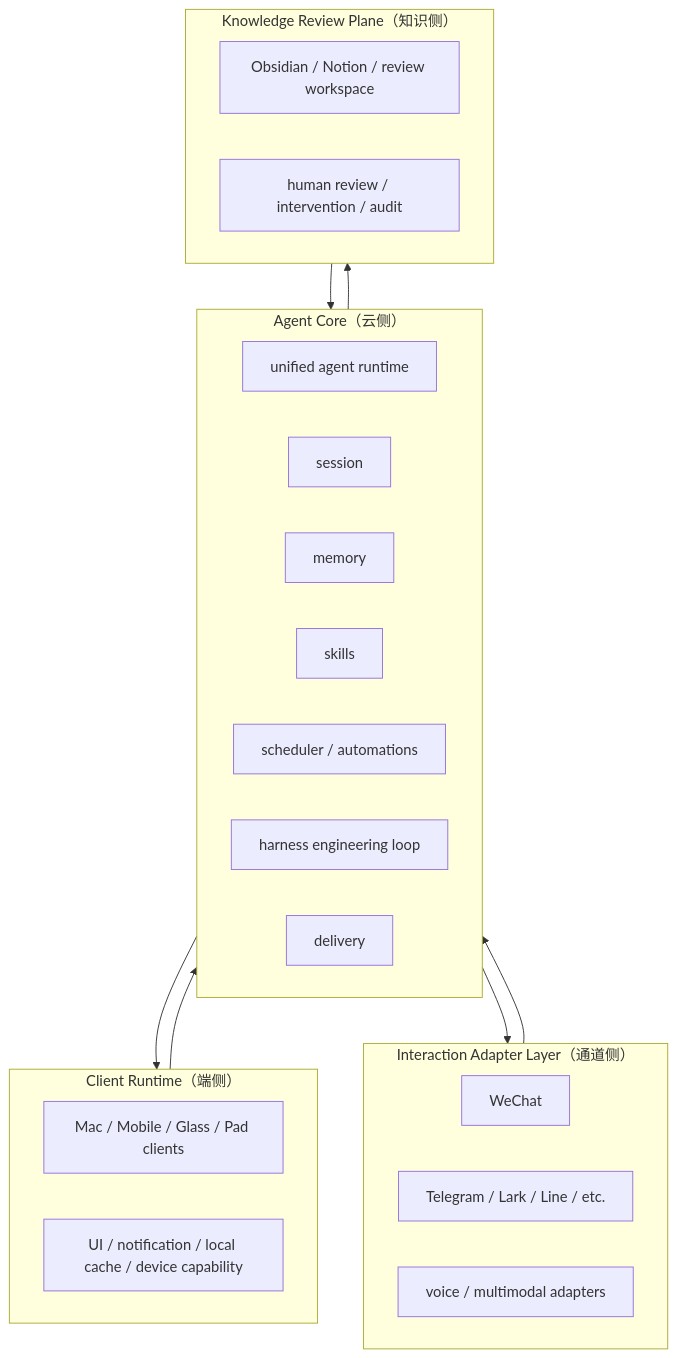
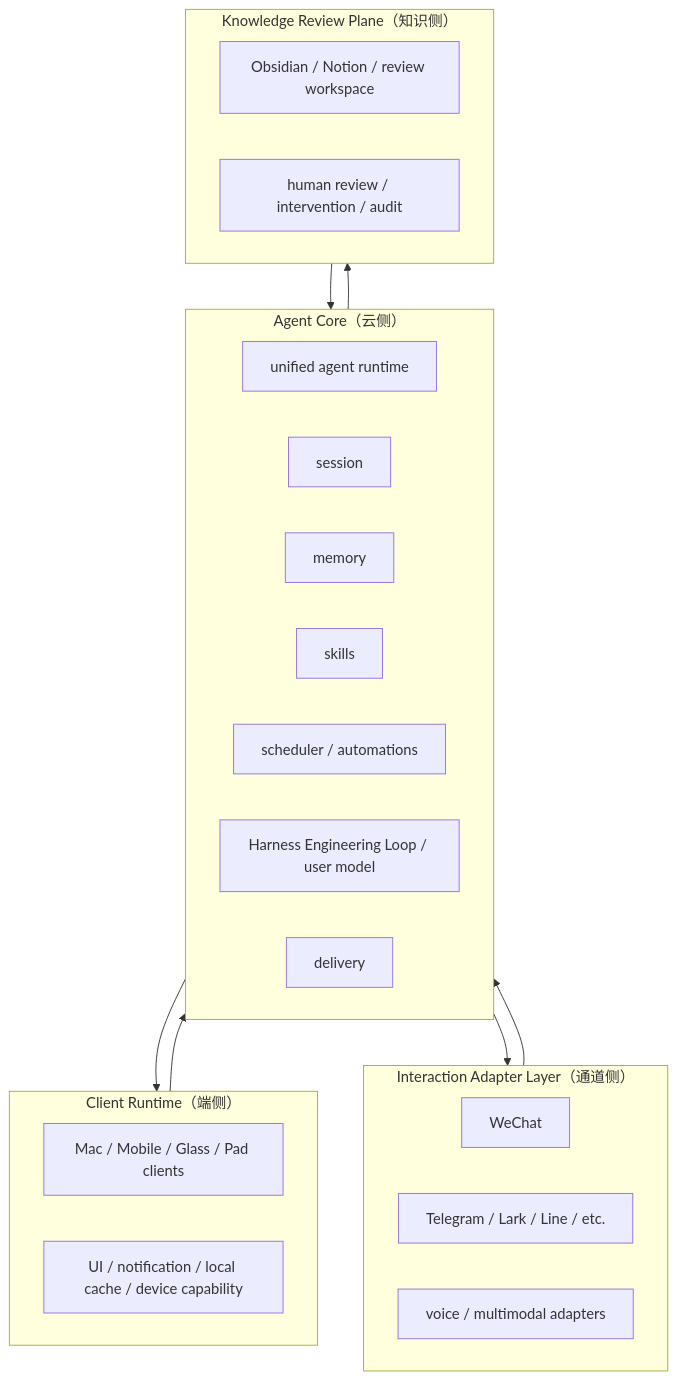
Before and after one commit to Gemini-Nick/hermes-agent: the second of 2 diagrams in docs/longclaw/ARCHITECTURE.md, drawn with Mermaid. The commit also changed other lines of this file and 4 other files, not shown here.

````diff
--- a/docs/longclaw/ARCHITECTURE.md
+++ b/docs/longclaw/ARCHITECTURE.md
@@ -89,35 +109,35 @@
 ```mermaid
 flowchart TB
   subgraph CR["Client Runtime（端侧）"]
     APP["Mac / Mobile / Glass / Pad clients"]
     UX["UI / notification / local cache / device capability"]
   end
 
   subgraph IA["Interaction Adapter Layer（通道侧）"]
     WX["WeChat"]
     TG["Telegram / Lark / Line / etc."]
     VC["voice / multimodal adapters"]
   end
 
   subgraph AC["Agent Core（云侧）"]
     AG["unified agent runtime"]
     SS["session"]
     MM["memory"]
     SK["skills"]
     SC["scheduler / automations"]
-    HL["harness engineering loop"]
+    HL["Harness Engineering Loop / user model"]
     DV["delivery"]
   end
 
   subgraph KP["Knowledge Review Plane（知识侧）"]
     OB["Obsidian / Notion / review workspace"]
     RV["human review / intervention / audit"]
   end
 
   CR --> AC
   IA --> AC
   AC --> KP
   KP --> AC
   AC --> CR
   AC --> IA
 ```
````
